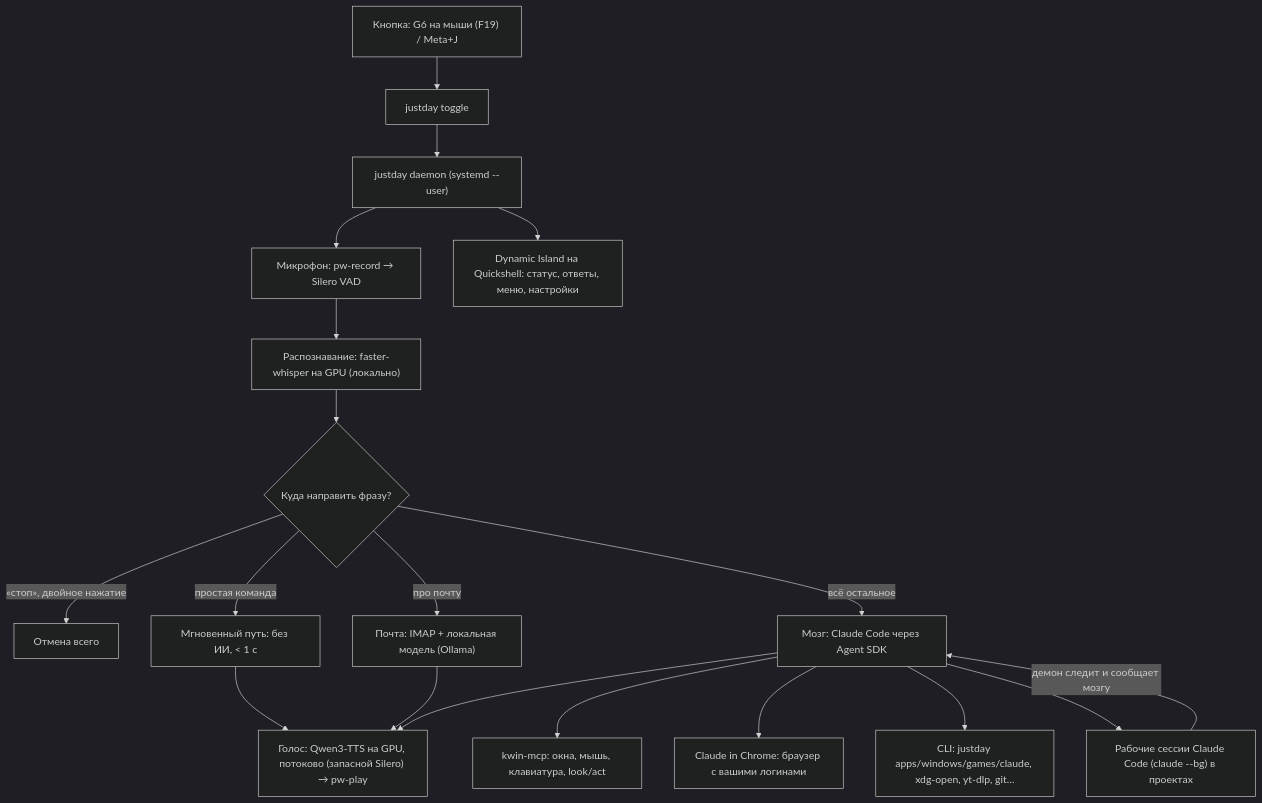
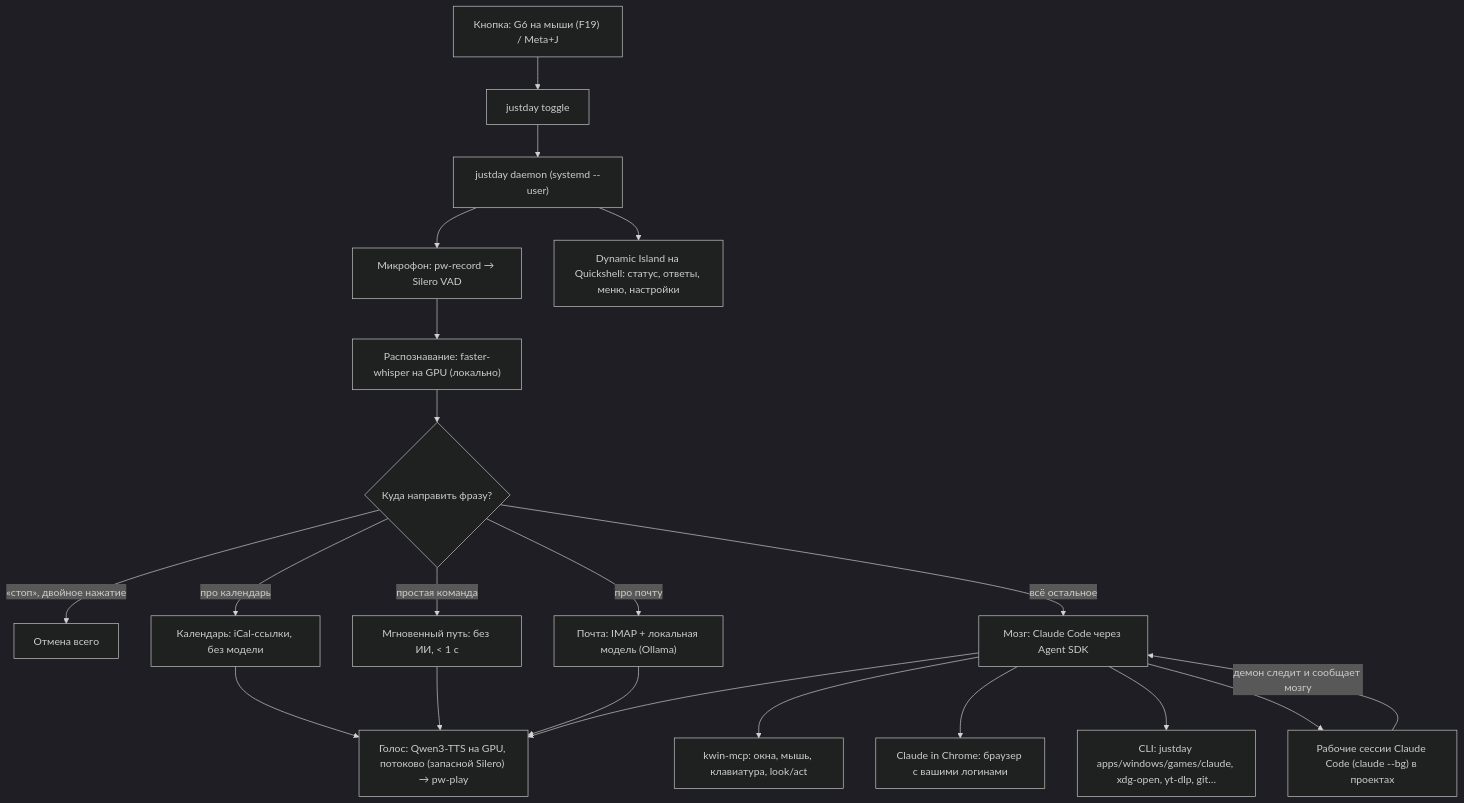
Before and after one commit to 0nigiris/JustDay: the diagram in docs/MANUAL.md, drawn with Mermaid (dark theme). The commit also changed other lines of this file and 4 other files, not shown here.

````diff
--- a/docs/MANUAL.md
+++ b/docs/MANUAL.md
@@ -30,21 +32,23 @@
 ```mermaid
 flowchart TD
     K["Кнопка: G6 на мыши (F19) / Meta+J"] --> T["justday toggle"]
     T --> D["justday daemon (systemd --user)"]
     D --> MIC["Микрофон: pw-record → Silero VAD"]
     MIC --> STT["Распознавание: faster-whisper на GPU (локально)"]
     STT --> R{"Куда направить фразу?"}
     R -->|"«стоп», двойное нажатие"| C["Отмена всего"]
     R -->|"простая команда"| F["Мгновенный путь: без ИИ, < 1 с"]
     R -->|"про почту"| M["Почта: IMAP + локальная модель (Ollama)"]
+    R -->|"про календарь"| CAL["Календарь: iCal-ссылки, без модели"]
+    CAL --> TTS
     R -->|"всё остальное"| B["Мозг: Claude Code через Agent SDK"]
     B --> H1["kwin-mcp: окна, мышь, клавиатура, look/act"]
     B --> H2["Claude in Chrome: браузер с вашими логинами"]
     B --> H3["CLI: justday apps/windows/games/claude, xdg-open, yt-dlp, git…"]
     B --> W["Рабочие сессии Claude Code (claude --bg) в проектах"]
     W -->|"демон следит и сообщает мозгу"| B
     F --> TTS
     M --> TTS
     B --> TTS["Голос: Qwen3-TTS на GPU, потоково (запасной Silero) → pw-play"]
     D --> O["Dynamic Island на Quickshell: статус, ответы, меню, настройки"]
 ```
````
